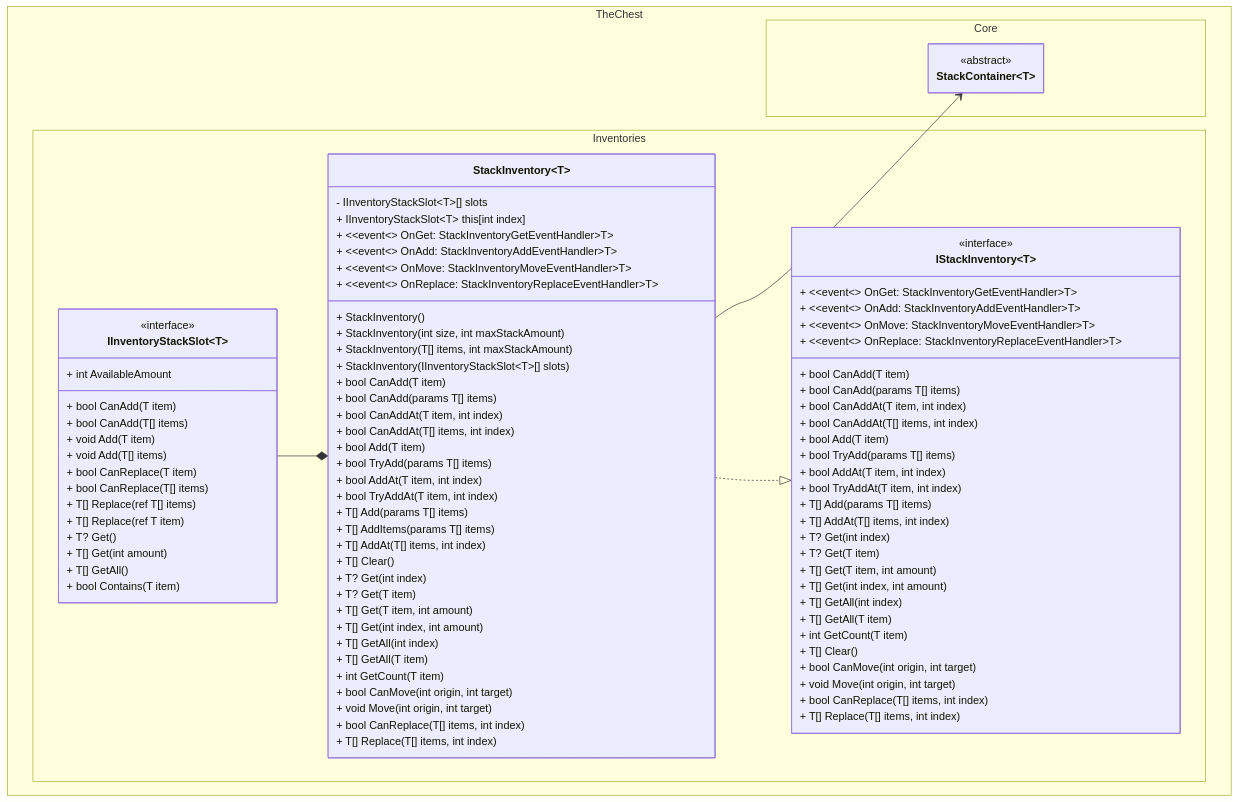
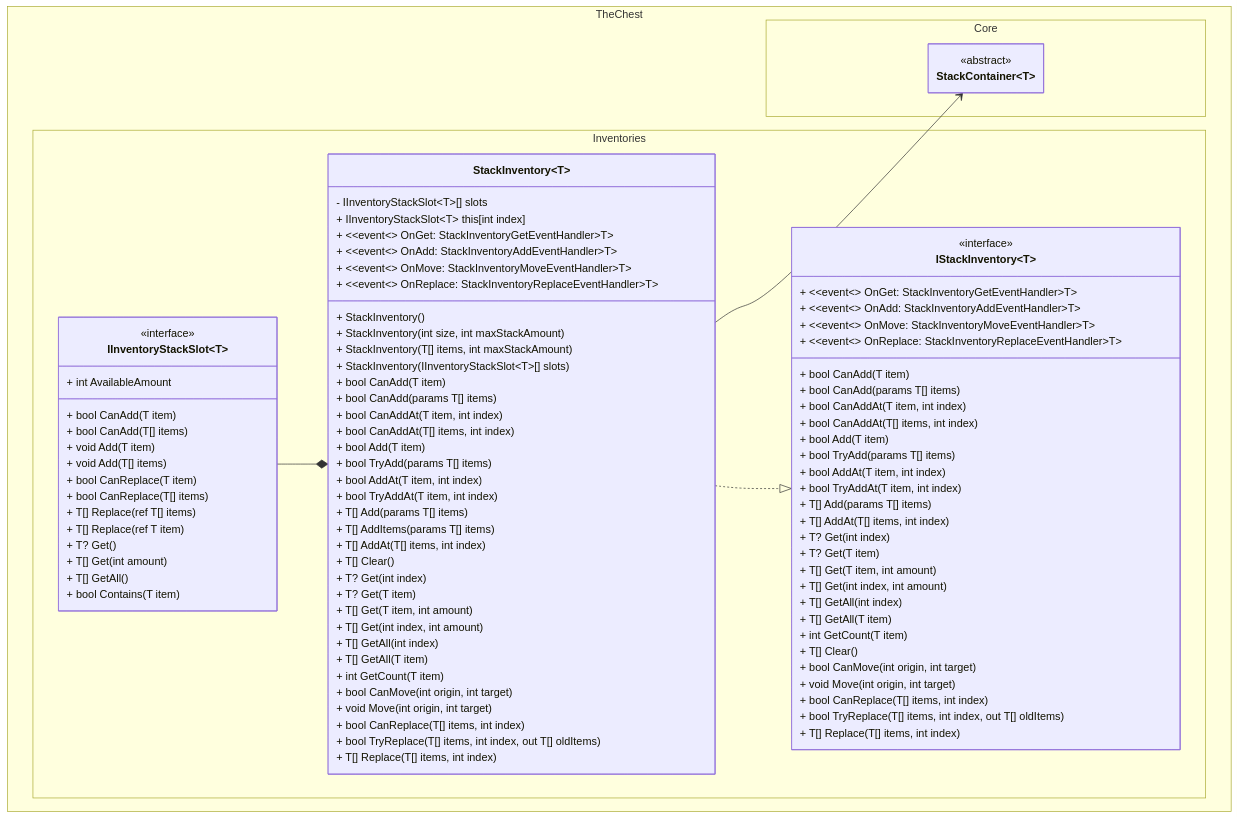
Before and after one commit to The-Chest/TheChest.Inventories: the first of 2 diagrams in docs/stack_inventory/class_diagram.md, drawn with Mermaid. The commit also changed 2 other files, not shown here.

```diff
--- a/docs/stack_inventory/class_diagram.md
+++ b/docs/stack_inventory/class_diagram.md
@@ -60,6 +60,7 @@
             + void Move(int origin, int target)
 
             + bool CanReplace(T[] items, int index)
+            + bool TryReplace(T[] items, int index, out T[] oldItems)
             + T[] Replace(T[] items, int index)
         }    
         class IInventoryStackSlot~T~ {
@@ -114,6 +115,7 @@
             + void Move(int origin, int target)
 
             + bool CanReplace(T[] items, int index)
+            + bool TryReplace(T[] items, int index, out T[] oldItems)
             + T[] Replace(T[] items, int index)
         }
     }
```
